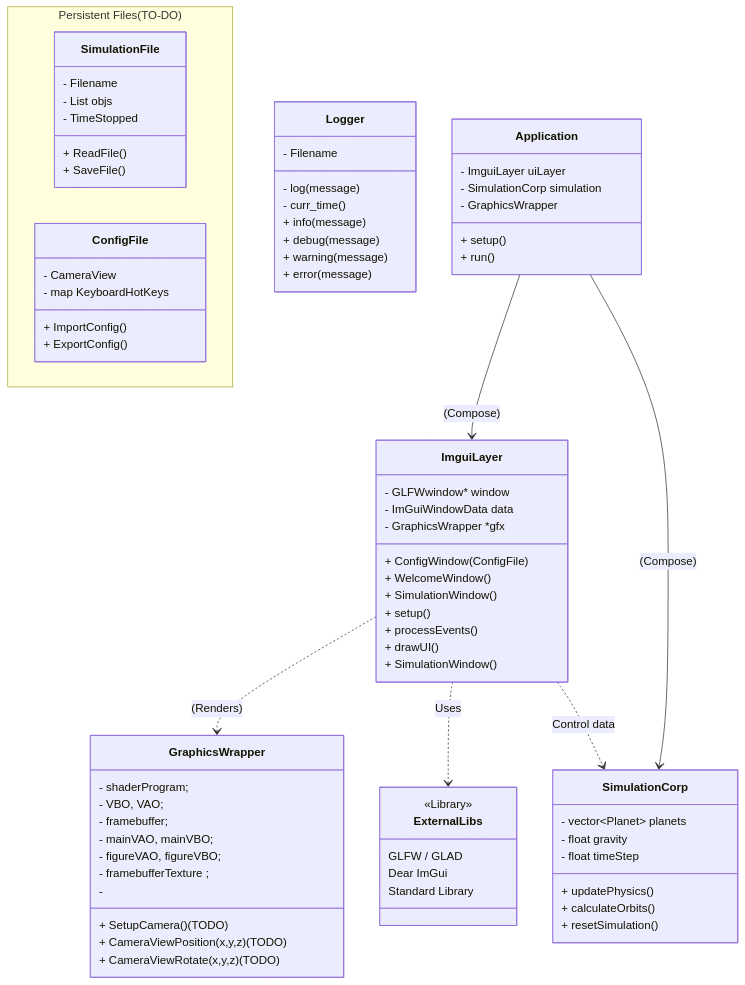
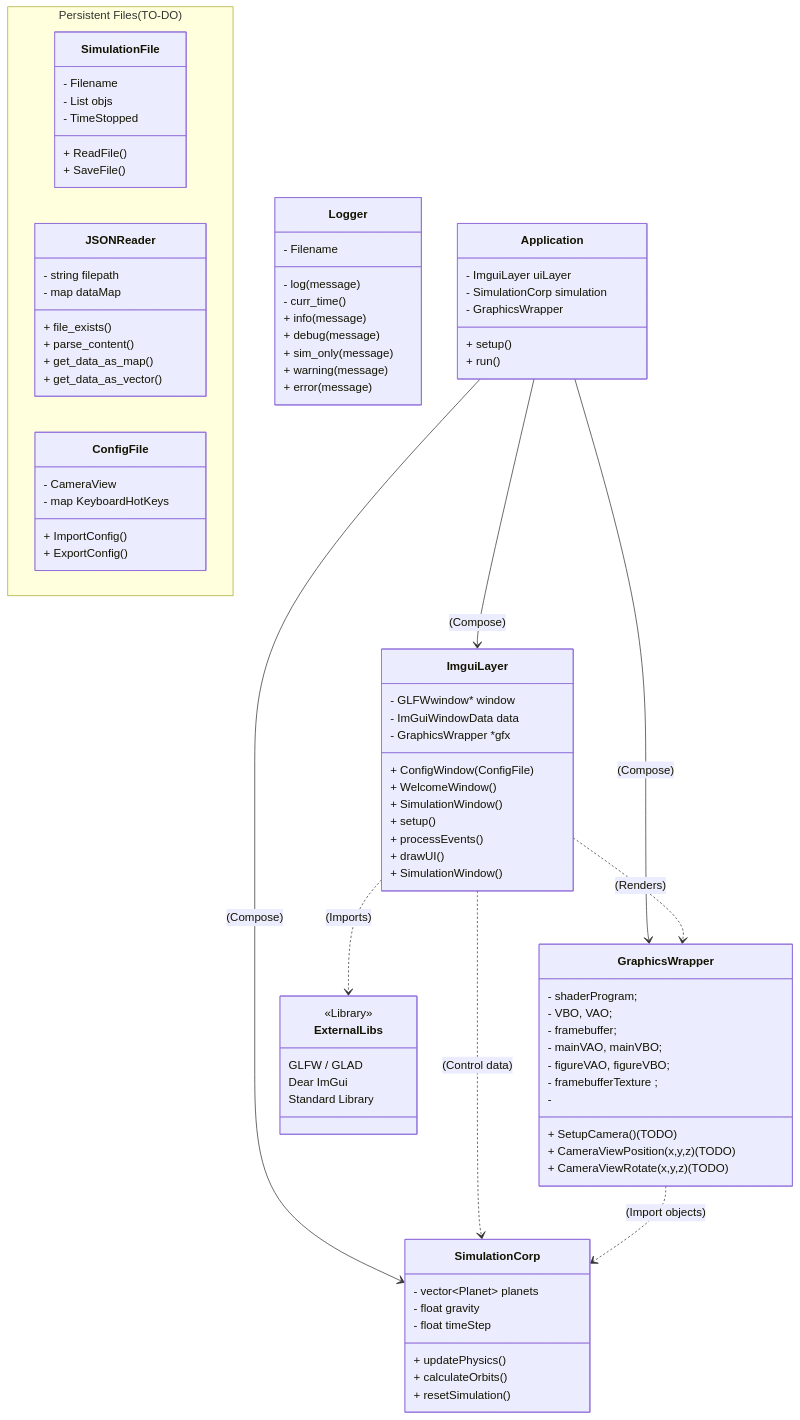
One commit to MBGustav/PlanetarySystem changed the diagram in README.md. Above: the diagram before and after it, drawn with Mermaid. The commit also changed other lines of this file and 5 other files, not shown here.

````diff
--- a/README.md
+++ b/README.md
@@ -17,6 +62,15 @@
 		+ ReadFile()
 		+ SaveFile()
 	}
+
+	class JSONReader{
+        - string filepath
+        - map<char, cmd> dataMap
+        + file_exists()
+        + parse_content()
+		+ get_data_as_map()
+		+ get_data_as_vector()
+    }
 
     class ConfigFile{
         - CameraView
@@ -32,6 +86,7 @@
 		- curr_time()
         + info(message)
         + debug(message)
+		+ sim_only(message)
 		+ warning(message)
 		+ error(message)
     }
@@ -92,9 +147,12 @@
 
 	<<Library>> ExternalLibs
 
-    Application      --> ImguiLayer : (Compose)
-    Application      --> SimulationCorp : (Compose)
+    Application      --> ImguiLayer      : (Compose)
+    Application      --> SimulationCorp  : (Compose)
+	Application      --> GraphicsWrapper : (Compose)
 	ImguiLayer       ..> GraphicsWrapper : (Renders)
-    ImguiLayer       ..> ExternalLibs : Uses
-    ImguiLayer       ..> SimulationCorp : Control data
+    ImguiLayer       ..> ExternalLibs    : (Imports)
+    ImguiLayer       ..> SimulationCorp  : (Control data)
+	GraphicsWrapper  ..> SimulationCorp  : (Import objects)
+	
 ```
````
